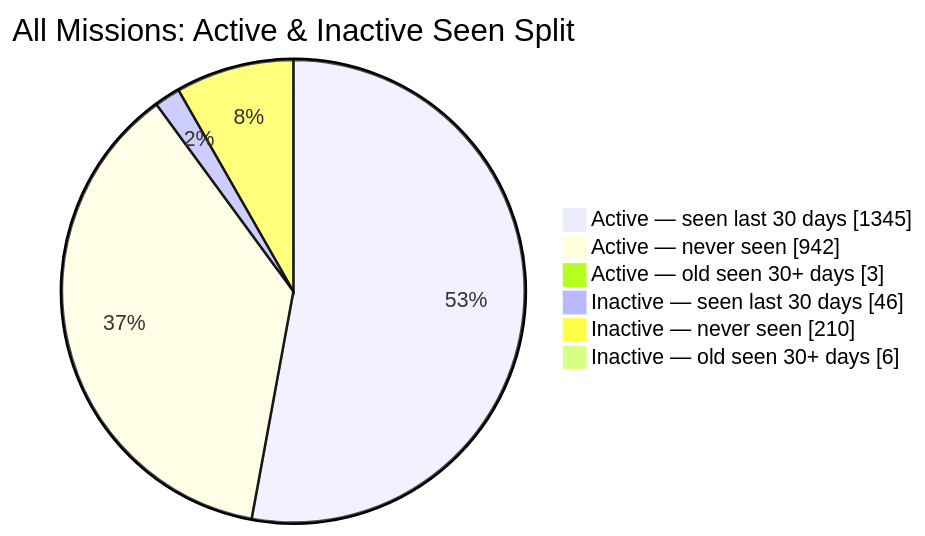
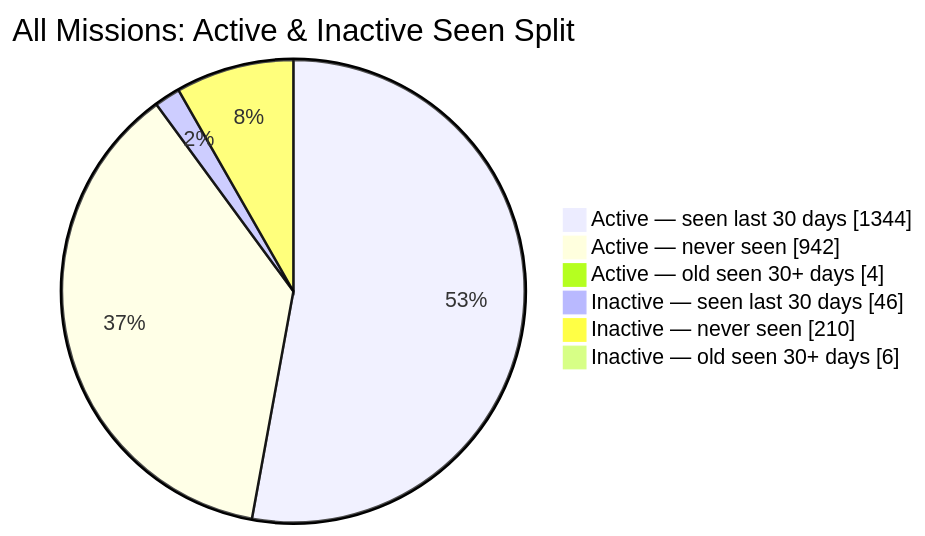
Before and after one commit to MeldkamerspelGameTeam/active-missions: the second of 2 diagrams in README.md, drawn with Mermaid. The commit also changed other lines of this file and 3 other files, not shown here.

````diff
--- a/README.md
+++ b/README.md
@@ -44,10 +44,10 @@
 ```mermaid
 pie showData
     title All Missions: Active & Inactive Seen Split
-    "Active — seen last 30 days" : 1345
+    "Active — seen last 30 days" : 1344
     "Active — never seen" : 942
-    "Active — old seen 30+ days" : 3
+    "Active — old seen 30+ days" : 4
     "Inactive — seen last 30 days" : 46
     "Inactive — never seen" : 210
     "Inactive — old seen 30+ days" : 6
 ```
````
